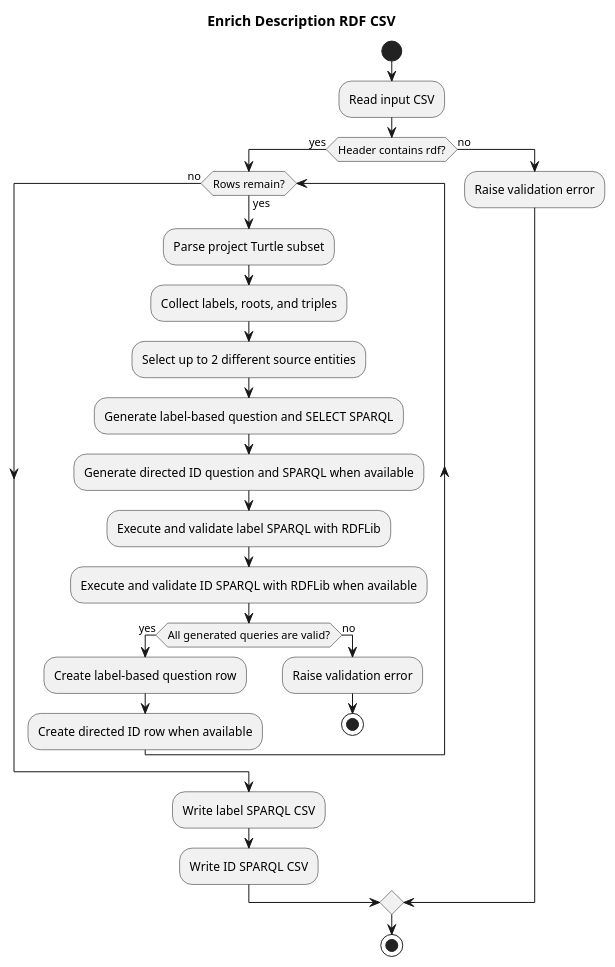
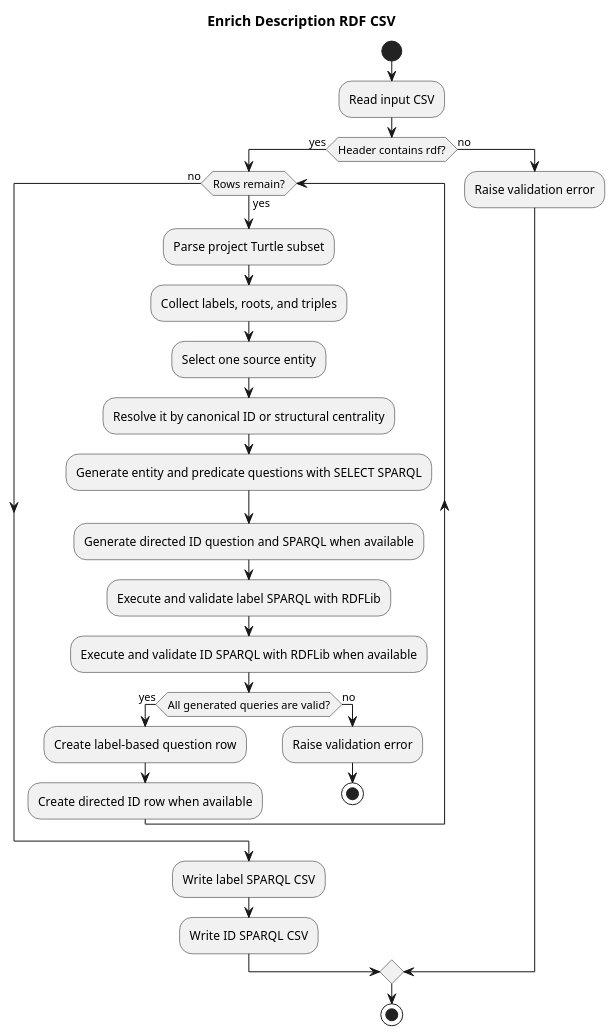
Before and after one commit to giovannabbottino/kg-dataset: the diagram in enrich/docs/enrich_flow.puml, drawn with PlantUML. The commit also changed 1 other file, not shown here.

```diff
--- a/enrich/docs/enrich_flow.puml
+++ b/enrich/docs/enrich_flow.puml
@@ -1,32 +1,33 @@
 @startuml
 title Enrich Description RDF CSV
 
 start
 :Read input CSV;
 
 if (Header contains rdf?) then (yes)
   while (Rows remain?) is (yes)
     :Parse project Turtle subset;
     :Collect labels, roots, and triples;
-    :Select up to 2 different source entities;
-    :Generate label-based question and SELECT SPARQL;
+    :Select one source entity;
+    :Resolve it by canonical ID or structural centrality;
+    :Generate entity and predicate questions with SELECT SPARQL;
     :Generate directed ID question and SPARQL when available;
     :Execute and validate label SPARQL with RDFLib;
     :Execute and validate ID SPARQL with RDFLib when available;
     if (All generated queries are valid?) then (yes)
       :Create label-based question row;
       :Create directed ID row when available;
     else (no)
       :Raise validation error;
       stop
     endif
   endwhile (no)
 
   :Write label SPARQL CSV;
   :Write ID SPARQL CSV;
 else (no)
   :Raise validation error;
 endif
 
 stop
 @enduml
```
